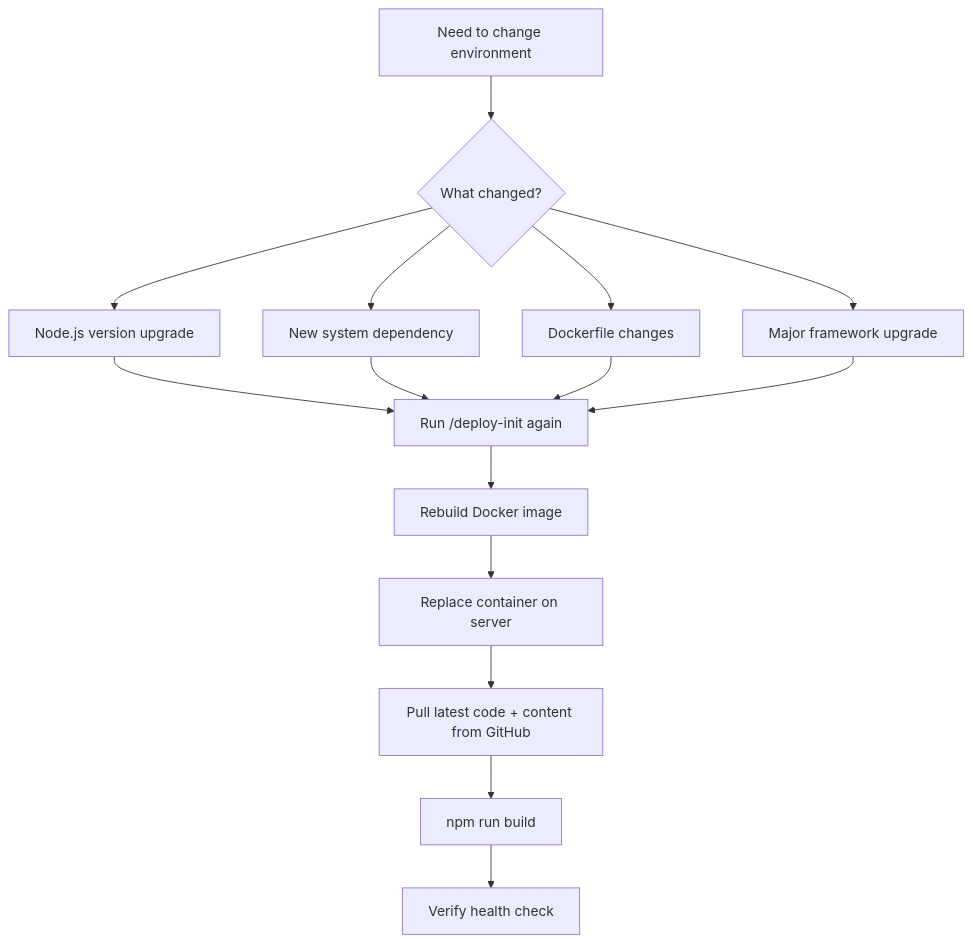
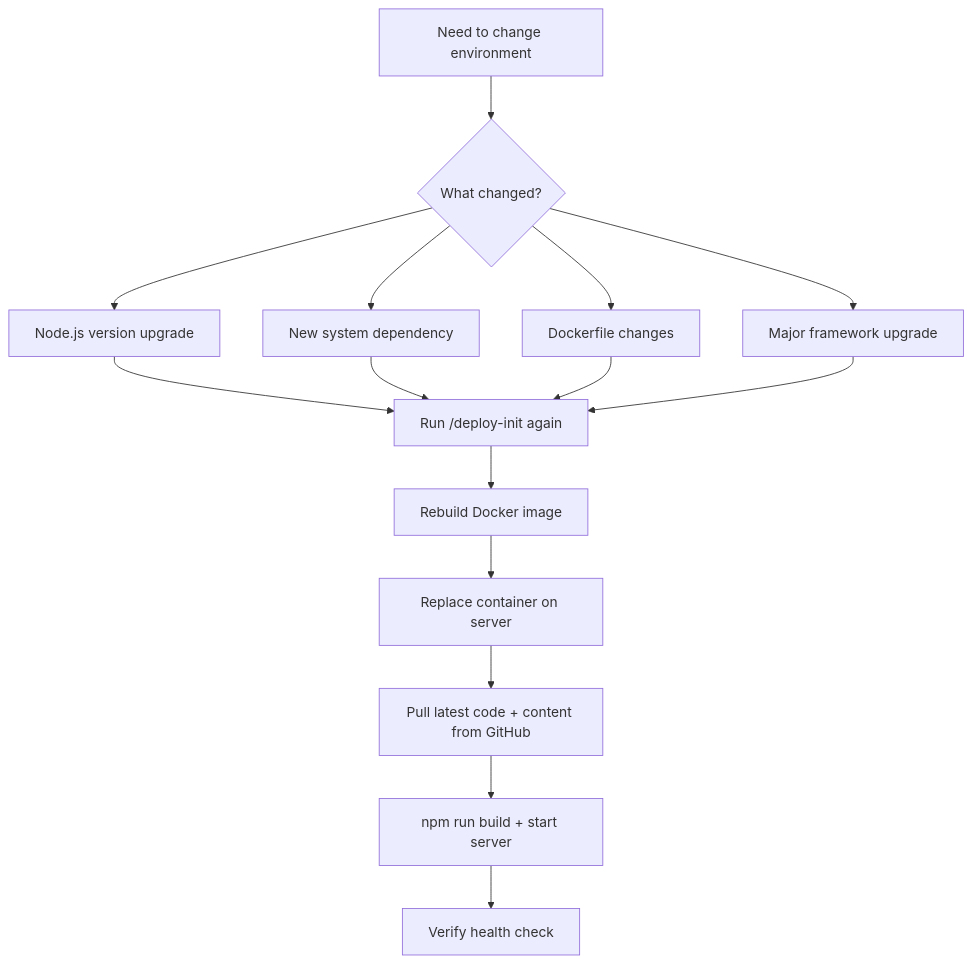
One commit to Hude06/JUDE_WEBSITE changed the ninth of 10 diagrams in ARCHITECTURE.md. Above: the diagram before and after it, drawn with Mermaid. The commit also changed other lines of this file and 50 other files, not shown here.

````diff
--- a/ARCHITECTURE.md
+++ b/ARCHITECTURE.md
@@ -277,17 +366,17 @@
 ```mermaid
 flowchart TD
     A[Need to change environment] --> B{What changed?}
     B --> C[Node.js version upgrade]
     B --> D[New system dependency]
     B --> E[Dockerfile changes]
     B --> F[Major framework upgrade]
     C --> G[Run /deploy-init again]
     D --> G
     E --> G
     F --> G
     G --> H[Rebuild Docker image]
     H --> I[Replace container on server]
     I --> J[Pull latest code + content from GitHub]
-    J --> K[npm run build]
+    J --> K[npm run build + start server]
     K --> L[Verify health check]
 ```
````
